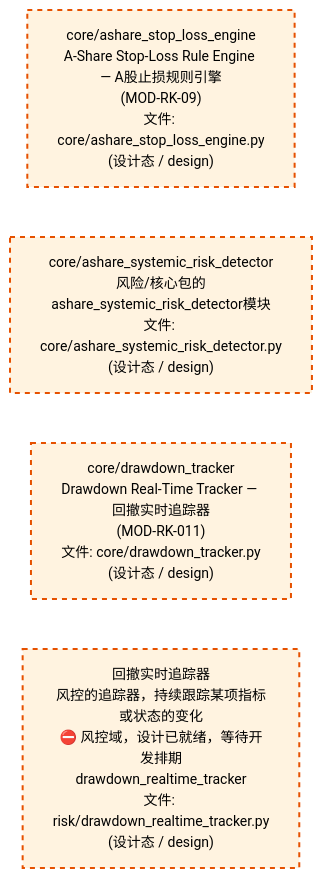
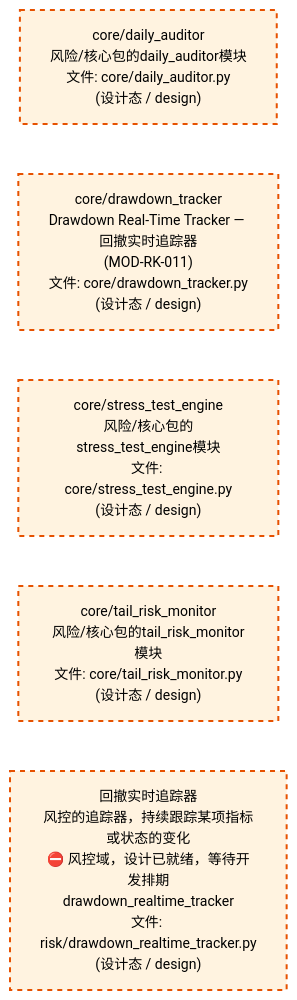
The third of 4 diagrams in docs/02_enterprise_architecture/02_domain_architecture_docs/65_d_risk.md (xuanFelixVan/ZephyrAlpha), drawn with Mermaid before and after one commit. The commit also changed other lines of this file and 46 other files, not shown here.

````diff
--- a/docs/02_enterprise_architecture/02_domain_architecture_docs/65_d_risk.md
+++ b/docs/02_enterprise_architecture/02_domain_architecture_docs/65_d_risk.md
@@ -201,16 +221,18 @@
 ```mermaid
 %%{init: {'theme': 'base', 'themeVariables': {'primaryColor': '#eaeaea', 'primaryTextColor': '#333333', 'primaryBorderColor': '#666666', 'lineColor': '#666666', 'secondaryColor': '#eaeaea', 'tertiaryColor': '#eaeaea', 'fontSize': '14px'}}}%%
 flowchart TD
-    src_zephyr_risk_core_ashare_stop_loss_engine_py["core/ashare_stop_loss_engine<br/>A-Share Stop-Loss Rule Engine — A股止损规则引擎<br/>(MOD-RK-09)<br/>文件: core/ashare_stop_loss_engine.py<br/>(设计态 / design)"]
-    src_zephyr_risk_core_ashare_systemic_risk_detector_py["core/ashare_systemic_risk_detector<br/>风险/核心包的ashare_systemic_risk_detector模块<br/>文件: core/ashare_systemic_risk_detector.py<br/>(设计态 / design)"]
+    src_zephyr_risk_core_daily_auditor_py["core/daily_auditor<br/>风险/核心包的daily_auditor模块<br/>文件: core/daily_auditor.py<br/>(设计态 / design)"]
     src_zephyr_risk_core_drawdown_tracker_py["core/drawdown_tracker<br/>Drawdown Real-Time Tracker — 回撤实时追踪器<br/>(MOD-RK-011)<br/>文件: core/drawdown_tracker.py<br/>(设计态 / design)"]
+    src_zephyr_risk_core_stress_test_engine_py["core/stress_test_engine<br/>风险/核心包的stress_test_engine模块<br/>文件: core/stress_test_engine.py<br/>(设计态 / design)"]
+    src_zephyr_risk_core_tail_risk_monitor_py["core/tail_risk_monitor<br/>风险/核心包的tail_risk_monitor模块<br/>文件: core/tail_risk_monitor.py<br/>(设计态 / design)"]
     src_zephyr_risk_drawdown_realtime_tracker_py["回撤实时追踪器<br/>风控的追踪器，持续跟踪某项指标或状态的变化<br/>⛔ 风控域，设计已就绪，等待开发排期<br/>drawdown_realtime_tracker<br/>文件: risk/drawdown_realtime_tracker.py<br/>(设计态 / design)"]
-    src_zephyr_risk_core_ashare_stop_loss_engine_py ~~~ src_zephyr_risk_core_ashare_systemic_risk_detector_py
-    src_zephyr_risk_core_ashare_systemic_risk_detector_py ~~~ src_zephyr_risk_core_drawdown_tracker_py
-    src_zephyr_risk_core_drawdown_tracker_py ~~~ src_zephyr_risk_drawdown_realtime_tracker_py
+    src_zephyr_risk_core_daily_auditor_py ~~~ src_zephyr_risk_core_drawdown_tracker_py
+    src_zephyr_risk_core_drawdown_tracker_py ~~~ src_zephyr_risk_core_stress_test_engine_py
+    src_zephyr_risk_core_stress_test_engine_py ~~~ src_zephyr_risk_core_tail_risk_monitor_py
+    src_zephyr_risk_core_tail_risk_monitor_py ~~~ src_zephyr_risk_drawdown_realtime_tracker_py
     classDef production fill:#e1f5fe,stroke:#01579b,stroke-width:2px,color:#000
     classDef design fill:#fff3e0,stroke:#e65100,stroke-width:2px,color:#000,stroke-dasharray: 5 5
     classDef external_prod fill:#e8f4fd,stroke:#0277bd,stroke-width:1px,color:#000
     classDef external_design fill:#fff8e7,stroke:#ef6c00,stroke-width:1px,color:#000,stroke-dasharray: 5 5
-    class src_zephyr_risk_core_ashare_stop_loss_engine_py,src_zephyr_risk_core_ashare_systemic_risk_detector_py,src_zephyr_risk_core_drawdown_tracker_py,src_zephyr_risk_drawdown_realtime_tracker_py design
+    class src_zephyr_risk_core_daily_auditor_py,src_zephyr_risk_core_drawdown_tracker_py,src_zephyr_risk_core_stress_test_engine_py,src_zephyr_risk_core_tail_risk_monitor_py,src_zephyr_risk_drawdown_realtime_tracker_py design
 ```
````
